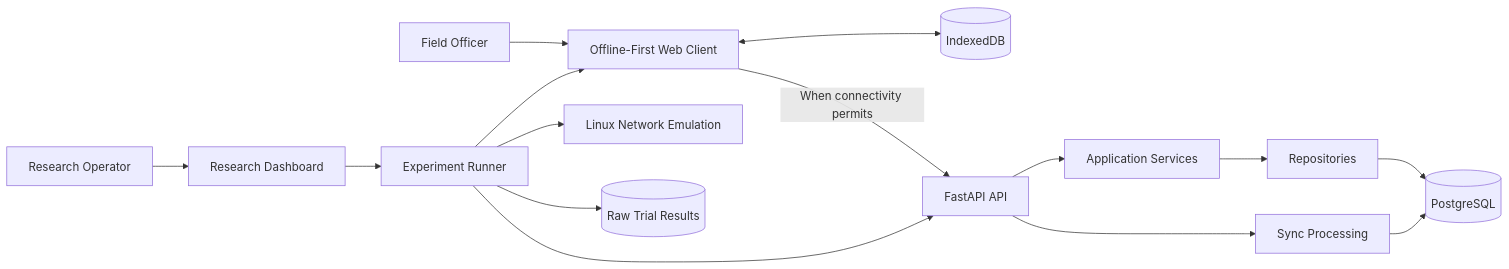
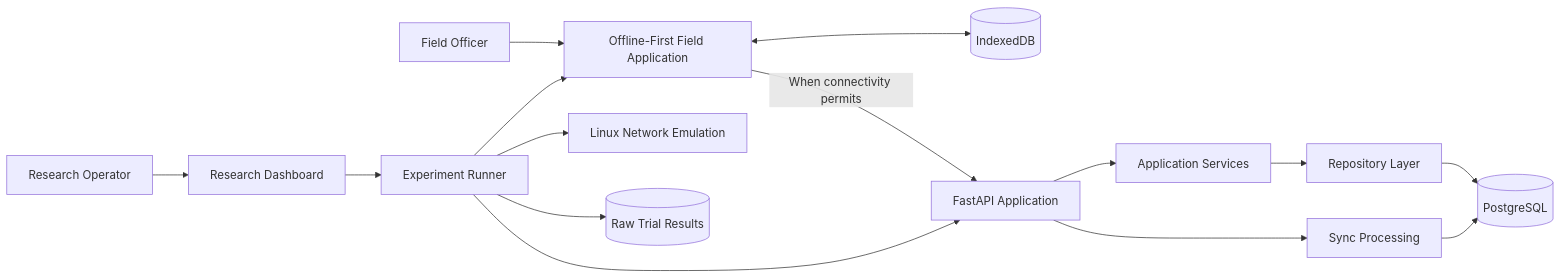
The diagram in docs/architecture.md (Dee5221/offlinelink-zambia), drawn with Mermaid before and after one commit. The commit also changed other lines of this file and 9 other files, not shown here.

````diff
--- a/docs/architecture.md
+++ b/docs/architecture.md
@@ -50,17 +58,33 @@
 ```mermaid
 flowchart LR
-    Officer[Field Officer] --> Client[Offline-First Web Client]
-    Client <--> Local[(IndexedDB)]
-    Client -->|When connectivity permits| API[FastAPI API]
-    API --> Service[Application Services]
-    Service --> Repo[Repositories]
-    Repo --> DB[(PostgreSQL)]
-    API --> Sync[Sync Processing]
+    Officer[Field Officer]
+    Client[Offline-First Field Application]
+    Local[(IndexedDB)]
+    API[FastAPI Application]
+    Services[Application Services]
+    Repositories[Repository Layer]
+    DB[(PostgreSQL)]
+    Sync[Sync Processing]
+    
+    Researcher[Research Operator]
+    Dashboard[Research Dashboard]
+    Runner[Experiment Runner]
+    Network[Linux Network Emulation]
+    Results[(Raw Trial Results)]
+    
+    Officer --> Client
+    Client <--> Local
+    Client -->|When connectivity permits| API
+    API --> Services
+    Services --> Repositories
+    Repositories --> DB
+    API --> Sync
     Sync --> DB
-    Researcher[Research Operator] --> Dashboard[Research Dashboard]
-    Dashboard --> Runner[Experiment Runner]
+    
+    Researcher --> Dashboard
+    Dashboard --> Runner
     Runner --> Client
-    Runner --> Net[Linux Network Emulation]
     Runner --> API
-    Runner --> Results[(Raw Trial Results)]
+    Runner --> Network
+    Runner --> Results
 ```
````
